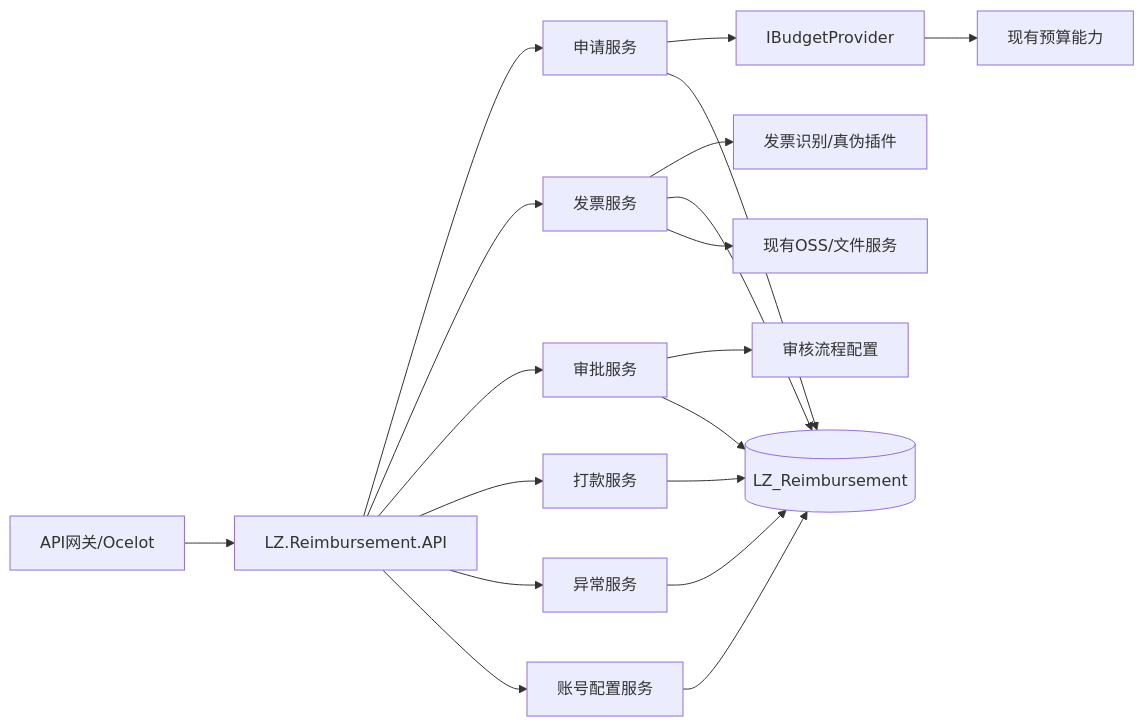
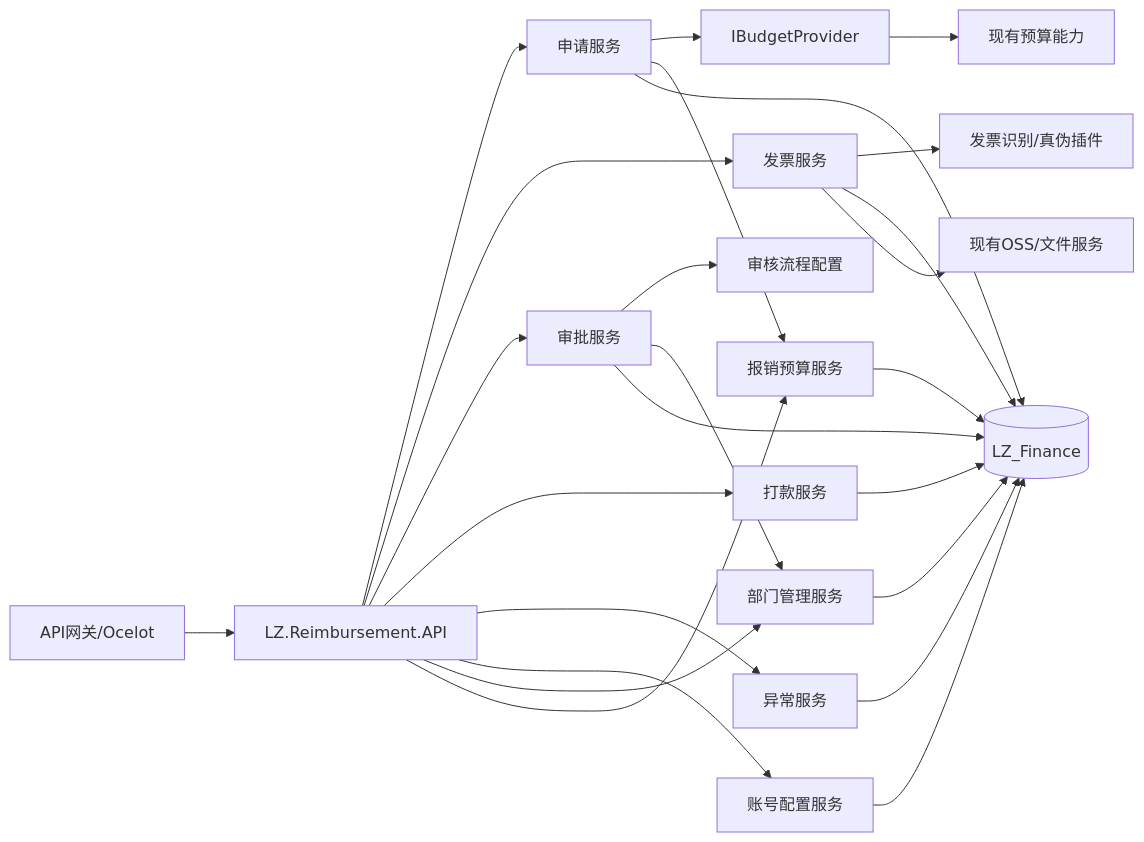
The fifth of 11 diagrams in docs/报销流程开发文档.md (whitebig2/LZSaas), drawn with Mermaid before and after one commit. The commit also changed other lines of this file and 7 other files, not shown here.

````diff
--- a/docs/报销流程开发文档.md
+++ b/docs/报销流程开发文档.md
@@ -496,23 +515,29 @@
 ```mermaid
 flowchart LR
     Gateway[API网关/Ocelot] --> API[LZ.Reimbursement.API]
     API --> AppSvc[申请服务]
     API --> InvSvc[发票服务]
     API --> WfSvc[审批服务]
     API --> PaySvc[打款服务]
     API --> ExSvc[异常服务]
     API --> CfgSvc[账号配置服务]
+    API --> DeptSvc[部门管理服务]
+    API --> RembiSvc[报销预算服务]
 
     InvSvc --> Plugin[发票识别/真伪插件]
     WfSvc --> ProcessCfg[审核流程配置]
     AppSvc --> BudgetPort[IBudgetProvider]
     BudgetPort --> BudgetSystem[现有预算能力]
+    AppSvc --> RembiSvc
+    WfSvc --> DeptSvc
 
-    AppSvc --> DB[(LZ_Reimbursement)]
+    AppSvc --> DB[(LZ_Finance)]
     InvSvc --> DB
     WfSvc --> DB
     PaySvc --> DB
     ExSvc --> DB
     CfgSvc --> DB
+    DeptSvc --> DB
+    RembiSvc --> DB
     InvSvc --> OSS[现有OSS/文件服务]
 ```
````
